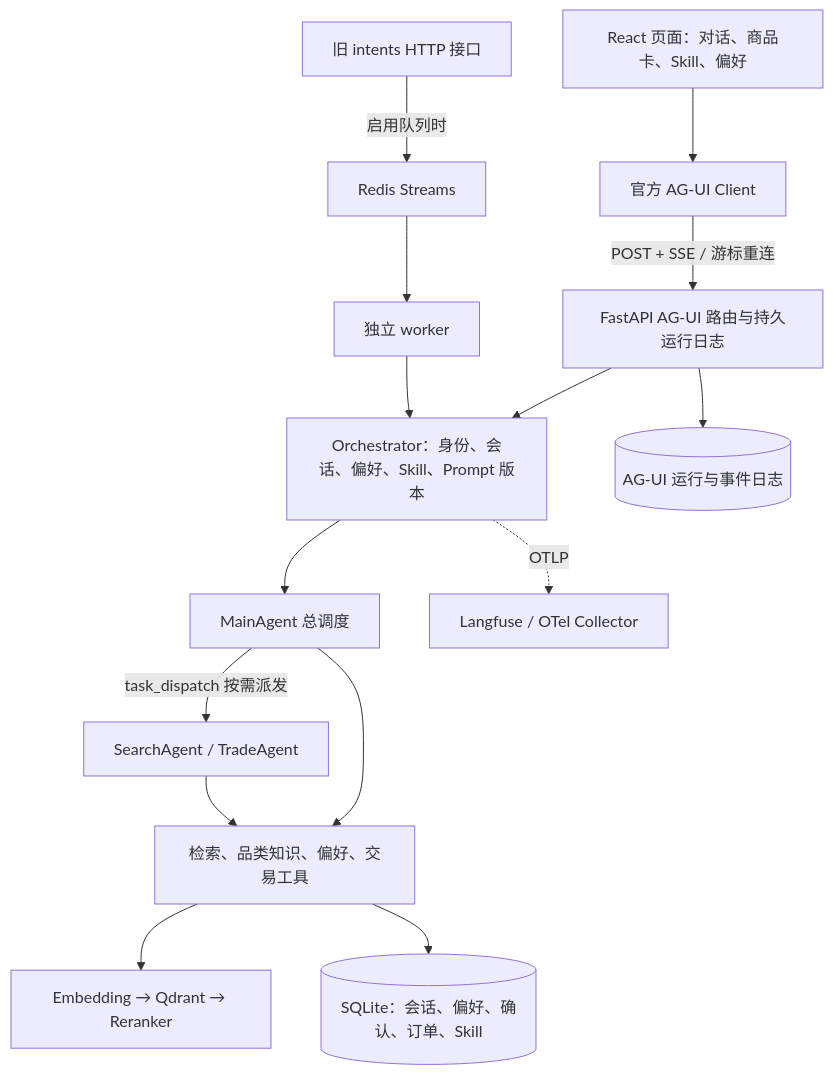
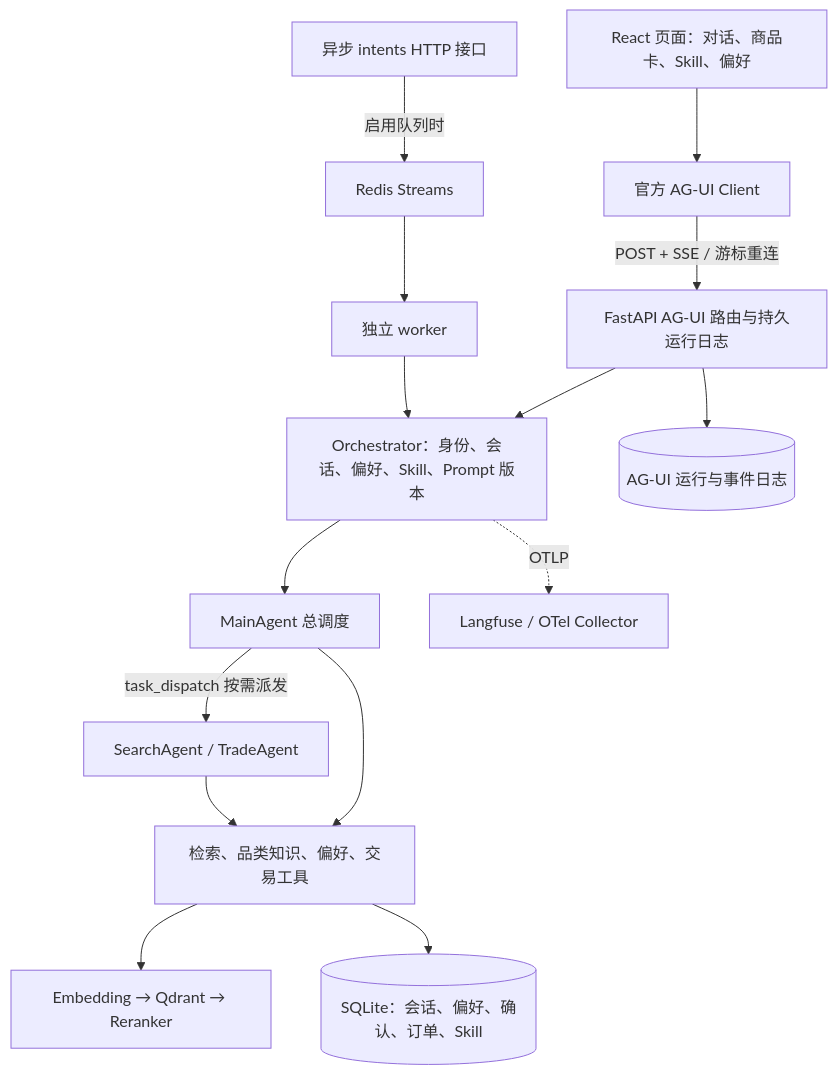
One commit to up0to1/MallWork changed the diagram in README.md. Above: the diagram before and after it, drawn with Mermaid. The commit also changed other lines of this file and 10 other files, not shown here.

Commit message:
docs: establish MallWork requirements baseline

````diff
--- a/README.md
+++ b/README.md
@@ -115,17 +125,20 @@
 ```mermaid
 flowchart TD
+    accTitle: MallWork Current Request Paths
+    accDescr: The React interface uses AG-UI for direct agent runs, while the intents endpoint can use Redis Streams and a worker; both paths share the same orchestrator, tools, persistence, and tracing.
+
     UI[React 页面：对话、商品卡、Skill、偏好] --> Client[官方 AG-UI Client]
     Client -->|POST + SSE / 游标重连| API[FastAPI AG-UI 路由与持久运行日志]
     API --> Orchestrator[Orchestrator：身份、会话、偏好、Skill、Prompt 版本]
     Orchestrator --> Main[MainAgent 总调度]
     Main --> Tools[检索、品类知识、偏好、交易工具]
     Main -->|task_dispatch 按需派发| Sub[SearchAgent / TradeAgent]
     Sub --> Tools
     Tools --> Search[Embedding → Qdrant → Reranker]
     Tools --> DB[(SQLite：会话、偏好、确认、订单、Skill)]
     API --> Journal[(AG-UI 运行与事件日志)]
-    Legacy[旧 intents HTTP 接口] -->|启用队列时| Redis[Redis Streams]
+    Intents[异步 intents HTTP 接口] -->|启用队列时| Redis[Redis Streams]
     Redis --> Worker[独立 worker]
     Worker --> Orchestrator
     Orchestrator -. OTLP .-> Trace[Langfuse / OTel Collector]
 ```
````
